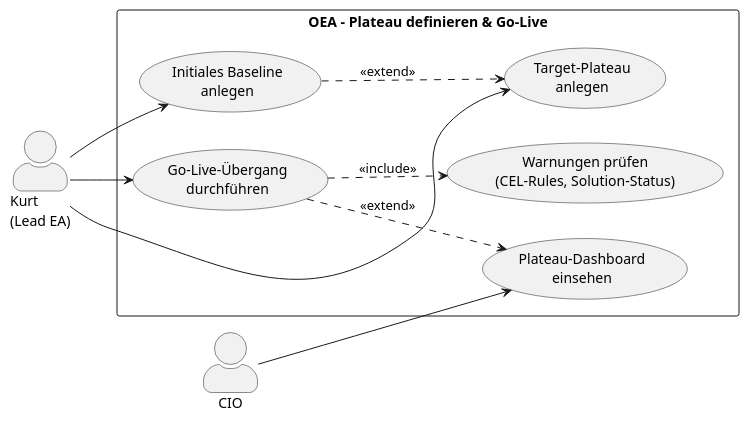
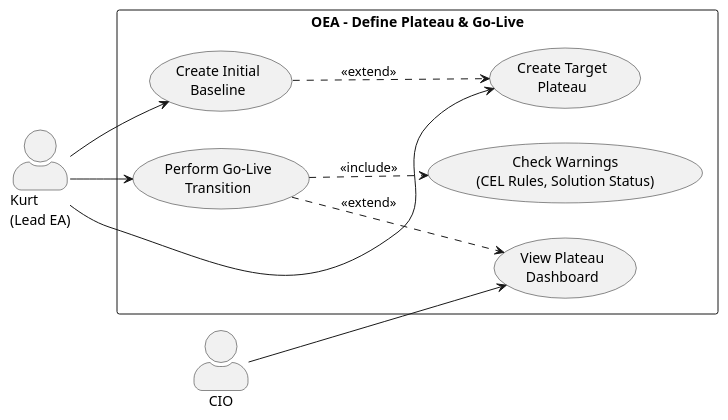
Before and after one commit to open-enterprise-architecture/OEA: the diagram in requirements/use-cases/UC-11-define-plateau-and-go-live.md, drawn with PlantUML. The commit also changed other lines of this file and 630 other files, not shown here.

````diff
--- a/requirements/use-cases/UC-11-define-plateau-and-go-live.md
+++ b/requirements/use-cases/UC-11-define-plateau-and-go-live.md
@@ -38,26 +38,26 @@
 ```plantuml
 @startuml UC-11-Plateau
 left to right direction
 skinparam actorStyle awesome
 
 actor "Kurt\n(Lead EA)" as Kurt
 actor "CIO" as CIO
 
-rectangle "OEA – Plateau definieren & Go-Live" {
-  usecase "Initiales Baseline\nanlegen" as UC_Baseline
-  usecase "Target-Plateau\nanlegen" as UC_Target
-  usecase "Go-Live-Übergang\ndurchführen" as UC_GoLive
-  usecase "Warnungen prüfen\n(CEL-Rules, Solution-Status)" as UC_Check
-  usecase "Plateau-Dashboard\neinsehen" as UC_Dashboard
+rectangle "OEA – Define Plateau & Go-Live" {
+  usecase "Create Initial\nBaseline" as UC_Baseline
+  usecase "Create Target\nPlateau" as UC_Target
+  usecase "Perform Go-Live\nTransition" as UC_GoLive
+  usecase "Check Warnings\n(CEL Rules, Solution Status)" as UC_Check
+  usecase "View Plateau\nDashboard" as UC_Dashboard
 }
 
 Kurt --> UC_Baseline
 Kurt --> UC_Target
 Kurt --> UC_GoLive
 CIO --> UC_Dashboard
 
 UC_Baseline ..> UC_Target : <<extend>>
 UC_GoLive ..> UC_Check : <<include>>
 UC_GoLive ..> UC_Dashboard : <<extend>>
 @enduml
 ```
````
